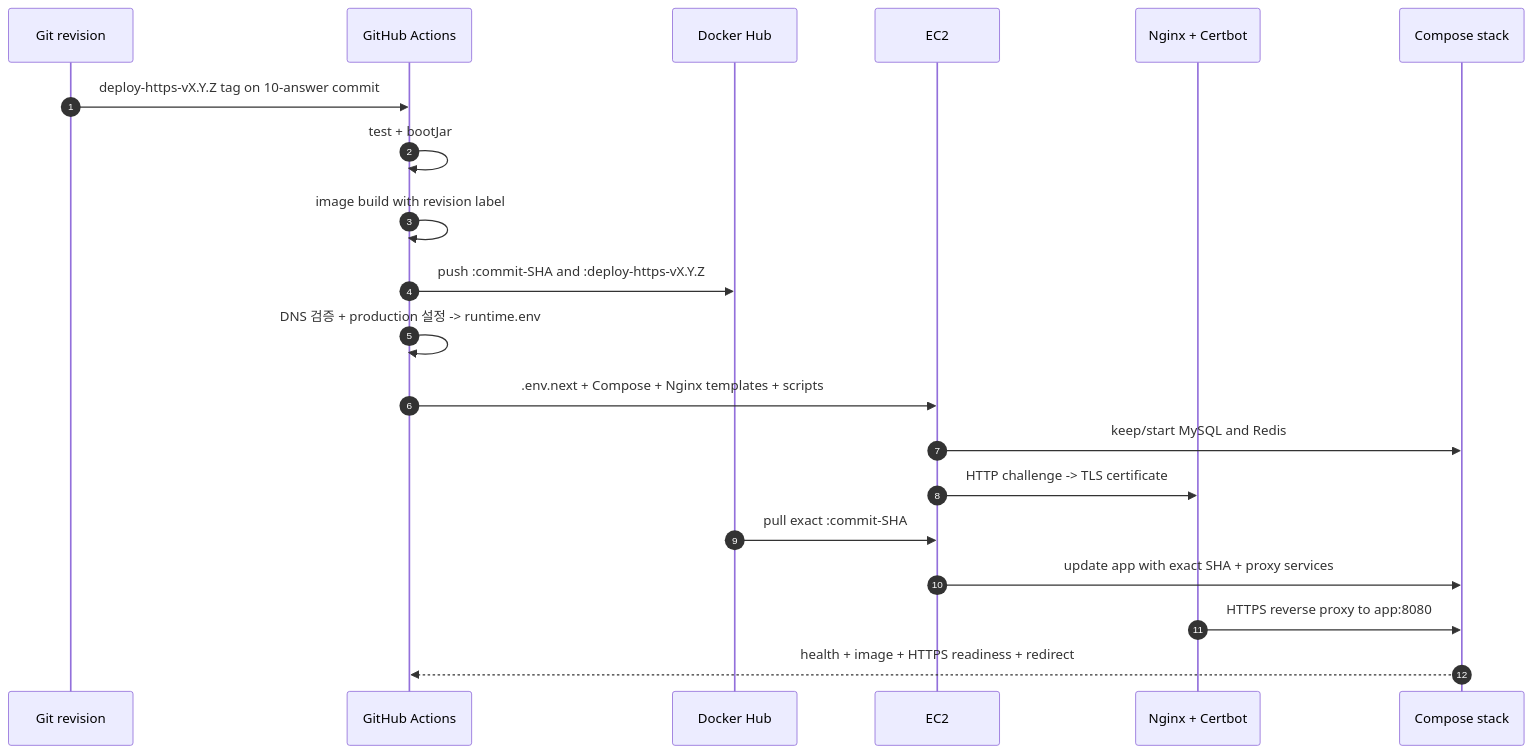
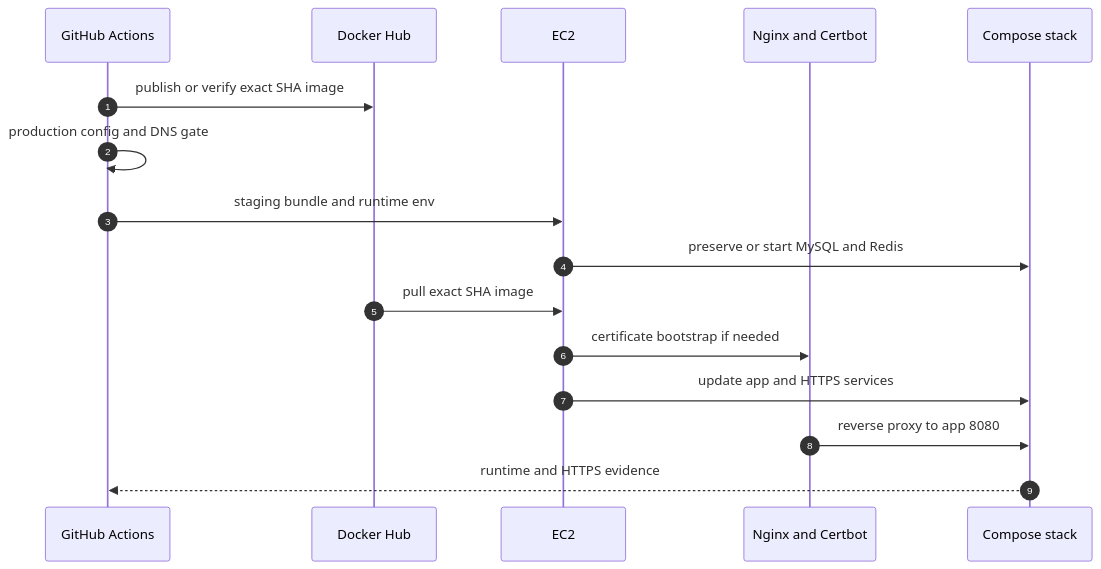
One commit to stdiodh/spring-boot-cicd-deployment-lab changed the fourth of 4 diagrams in docs/theory.md. Above: the diagram before and after it, drawn with Mermaid. The commit also changed other lines of this file and 48 other files, not shown here.

````diff
--- a/docs/theory.md
+++ b/docs/theory.md
@@ -92,23 +197,19 @@
 ```mermaid
 sequenceDiagram
     autonumber
-    participant Git as Git revision
-    participant CI as GitHub Actions
+    participant Actions as GitHub Actions
     participant Hub as Docker Hub
     participant EC2 as EC2
-    participant Proxy as Nginx + Certbot
+    participant Proxy as Nginx and Certbot
     participant Stack as Compose stack
 
-    Git->>CI: deploy-https-vX.Y.Z tag on 10-answer commit
-    CI->>CI: test + bootJar
-    CI->>CI: image build with revision label
-    CI->>Hub: push :commit-SHA and :deploy-https-vX.Y.Z
-    CI->>CI: DNS 검증 + production 설정 -> runtime.env
-    CI->>EC2: .env.next + Compose + Nginx templates + scripts
-    EC2->>Stack: keep/start MySQL and Redis
-    EC2->>Proxy: HTTP challenge -> TLS certificate
-    Hub->>EC2: pull exact :commit-SHA
-    EC2->>Stack: update app with exact SHA + proxy services
-    Proxy->>Stack: HTTPS reverse proxy to app:8080
-    Stack-->>CI: health + image + HTTPS readiness + redirect
+    Actions->>Hub: publish or verify exact SHA image
+    Actions->>Actions: production config and DNS gate
+    Actions->>EC2: staging bundle and runtime env
+    EC2->>Stack: preserve or start MySQL and Redis
+    Hub->>EC2: pull exact SHA image
+    EC2->>Proxy: certificate bootstrap if needed
+    EC2->>Stack: update app and HTTPS services
+    Proxy->>Stack: reverse proxy to app 8080
+    Stack-->>Actions: runtime and HTTPS evidence
 ```
````
